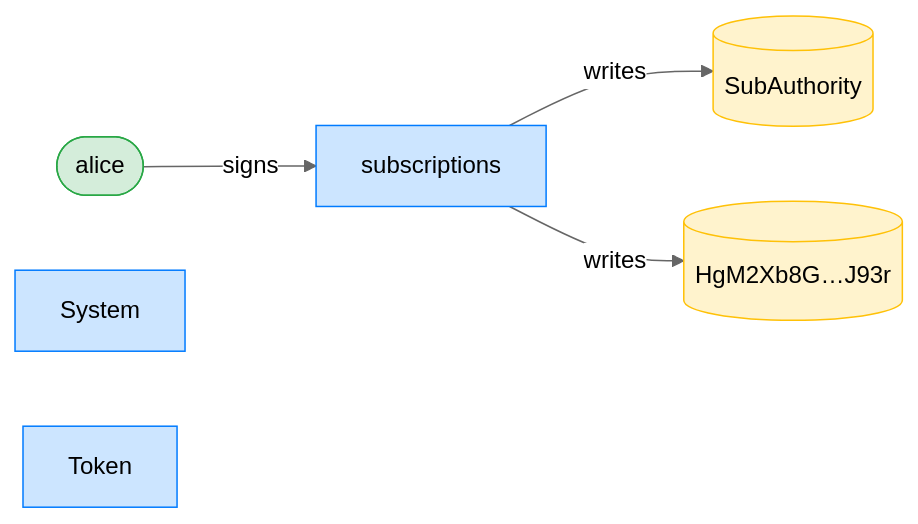
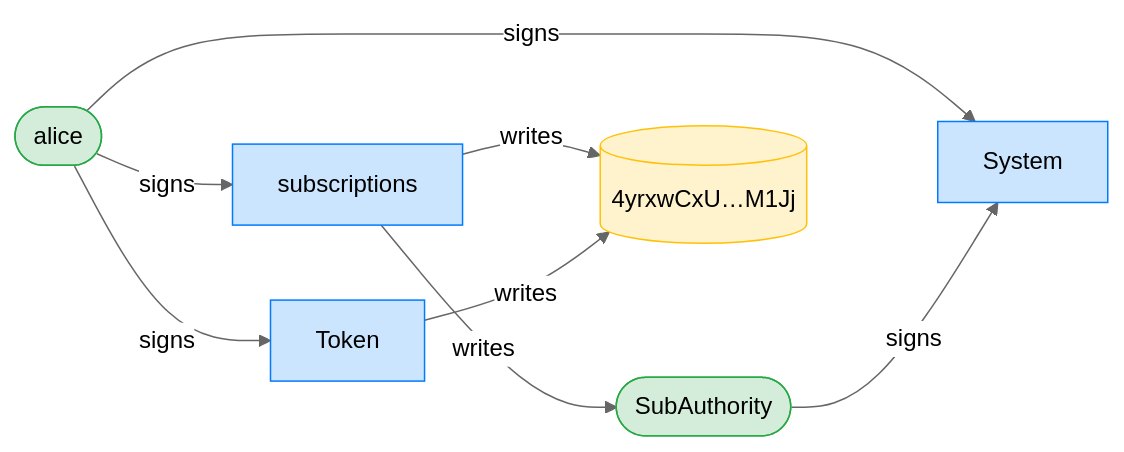
Before and after one commit to cds-rs/subscriptions: the third of 8 diagrams in dsl_tests/subscribe-rejects-stale-expected-terms.md, drawn with Mermaid (neutral theme). The commit also changed other lines of this file and 224 other files, not shown here.

````diff
--- a/dsl_tests/subscribe-rejects-stale-expected-terms.md
+++ b/dsl_tests/subscribe-rejects-stale-expected-terms.md
@@ -55,15 +56,19 @@
 ```mermaid
 flowchart LR
     classDef signer fill:#d4edda,stroke:#28a745;
     classDef program fill:#cce5ff,stroke:#007bff;
     classDef writable fill:#fff3cd,stroke:#ffc107;
     subscriptions[subscriptions]:::program
     alice([alice]):::signer
-    SubAuthority[(SubAuthority)]:::writable
-    HgM2Xb8G_J93r[("HgM2Xb8G…J93r")]:::writable
+    SubAuthority([SubAuthority]):::signer
+    4yrxwCxU_M1Jj[("4yrxwCxU…M1Jj")]:::writable
     System[System]:::program
     Token[Token]:::program
     alice -->|signs| subscriptions
+    alice -->|signs| System
+    SubAuthority -->|signs| System
+    alice -->|signs| Token
     subscriptions -->|writes| SubAuthority
-    subscriptions -->|writes| HgM2Xb8G_J93r
+    subscriptions -->|writes| 4yrxwCxU_M1Jj
+    Token -->|writes| 4yrxwCxU_M1Jj
 ```
````
